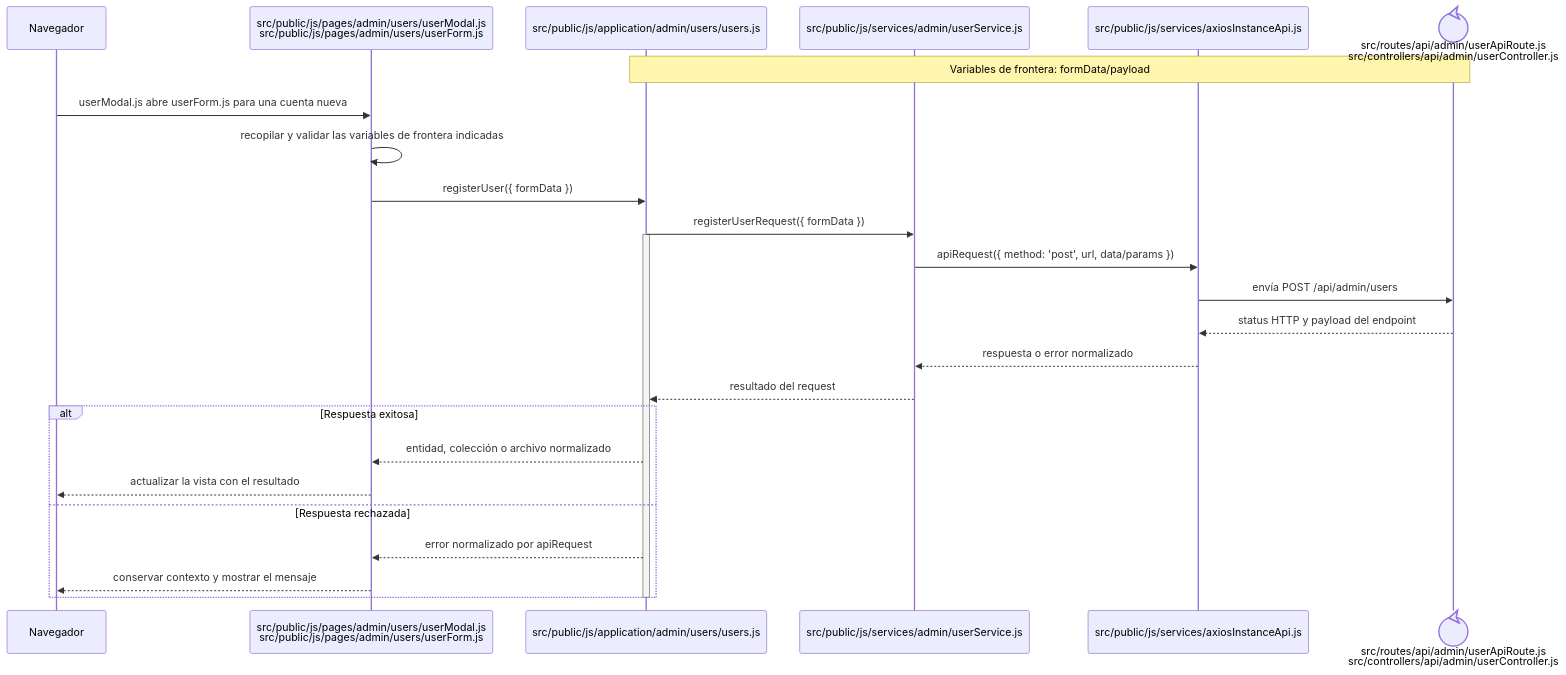
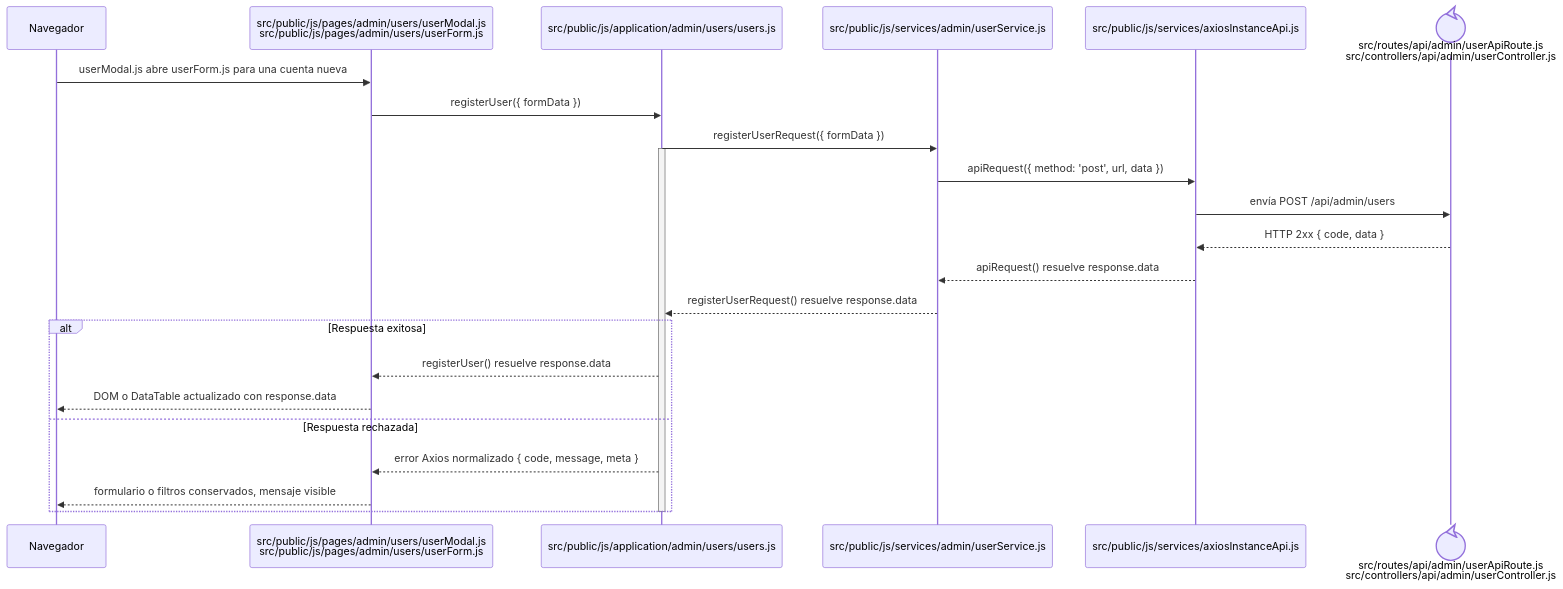
Before and after one commit to gpgsistemas01/nexus: the diagram in docs/architecture/frontend-code-sequences/identity-access/cu-ida-06.md, drawn with Mermaid. The commit also changed 148 other files, not shown here.

````diff
--- a/docs/architecture/frontend-code-sequences/identity-access/cu-ida-06.md
+++ b/docs/architecture/frontend-code-sequences/identity-access/cu-ida-06.md
@@ -6,29 +6,27 @@
 ```mermaid
 sequenceDiagram
     participant Browser as Navegador
     participant View as src/public/js/pages/admin/users/userModal.js<br/>src/public/js/pages/admin/users/userForm.js
     participant Application as src/public/js/application/admin/users/users.js
     participant Request as src/public/js/services/admin/userService.js
     participant HTTP as src/public/js/services/axiosInstanceApi.js
     participant Transport@{ "type": "control" } as src/routes/api/admin/userApiRoute.js<br/>src/controllers/api/admin/userController.js
-    Note over Application,Transport: Variables de frontera: formData/payload
 
     Browser->>View: userModal.js abre userForm.js para una cuenta nueva
-    View->>View: recopilar y validar las variables de frontera indicadas
     View->>Application: registerUser({ formData })
     Application->>Request: registerUserRequest({ formData })
     activate Application
-    Request->>HTTP: apiRequest({ method: 'post', url, data/params })
+    Request->>HTTP: apiRequest({ method: 'post', url, data })
     HTTP->>Transport: envía POST /api/admin/users
-    Transport-->>HTTP: status HTTP y payload del endpoint
-    HTTP-->>Request: respuesta o error normalizado
-    Request-->>Application: resultado del request
+    Transport-->>HTTP: HTTP 2xx { code, data }
+    HTTP-->>Request: apiRequest() resuelve response.data
+    Request-->>Application: registerUserRequest() resuelve response.data
     alt Respuesta exitosa
-        Application-->>View: entidad, colección o archivo normalizado
-        View-->>Browser: actualizar la vista con el resultado
+        Application-->>View: registerUser() resuelve response.data
+        View-->>Browser: DOM o DataTable actualizado con response.data
     else Respuesta rechazada
-        Application-->>View: error normalizado por apiRequest
-        View-->>Browser: conservar contexto y mostrar el mensaje
+        Application-->>View: error Axios normalizado { code, message, meta }
+        View-->>Browser: formulario o filtros conservados, mensaje visible
     end
     deactivate Application
 ```
````
